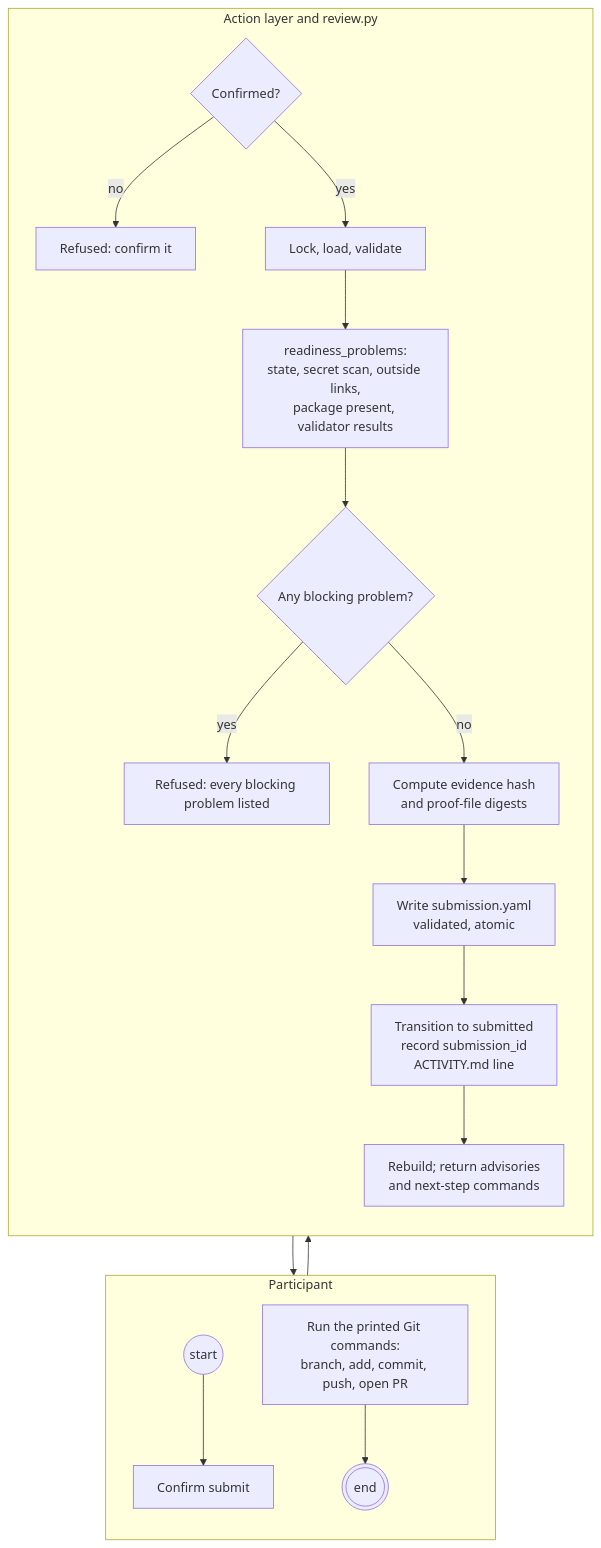
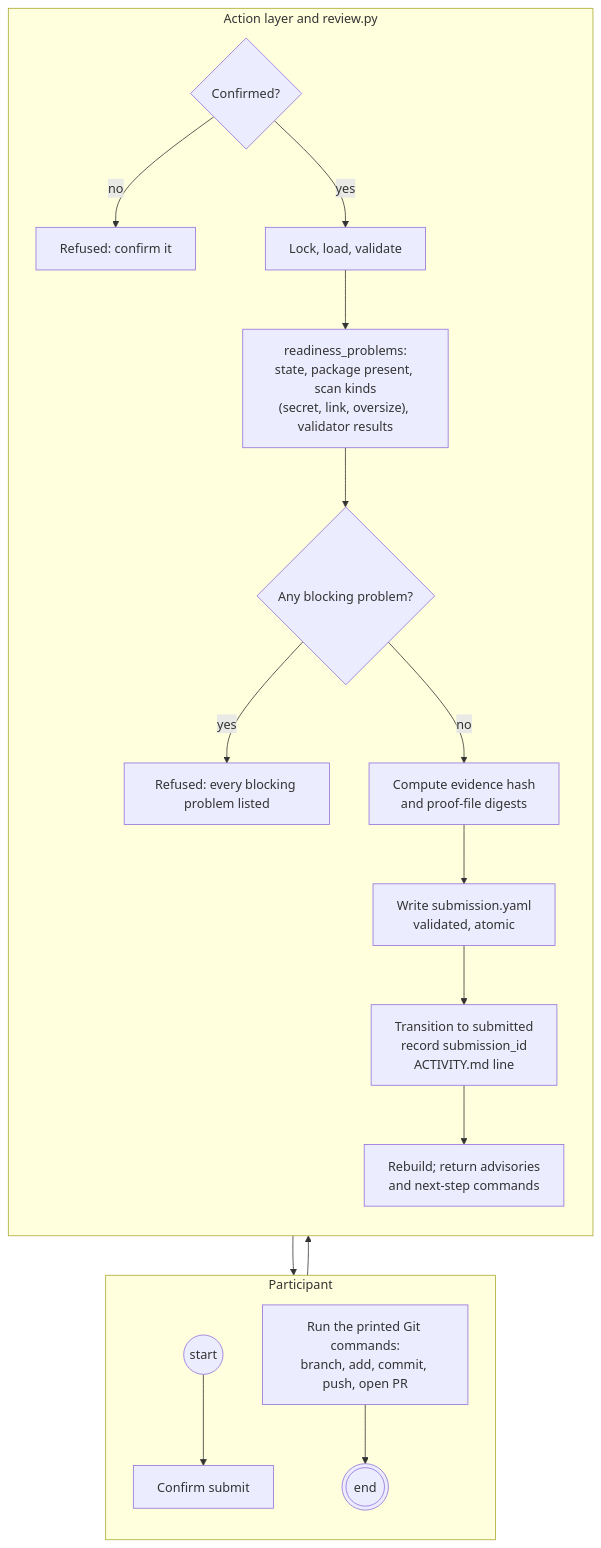
The third of 7 diagrams in docs/design/04-activity-flows.md (beekeeper-lab/golden-thread-quest), drawn with Mermaid before and after one commit. The commit also changed other lines of this file and 12 other files, not shown here.

````diff
--- a/docs/design/04-activity-flows.md
+++ b/docs/design/04-activity-flows.md
@@ -215,27 +234,27 @@
 ```mermaid
 flowchart TB
   subgraph PL["Participant"]
     direction TB
     s0(("start")) --> p1["Confirm submit"]
     p7["Run the printed Git commands:<br/>branch, add, commit, push, open PR"]
     e0((("end")))
   end
   subgraph AL["Action layer and review.py"]
     direction TB
     a1{"Confirmed?"}
     a2["Lock, load, validate"]
-    a3["readiness_problems:<br/>state, secret scan, outside links,<br/>package present, validator results"]
+    a3["readiness_problems:<br/>state, package present, scan kinds<br/>(secret, link, oversize), validator results"]
     a4{"Any blocking problem?"}
     a5["Compute evidence hash<br/>and proof-file digests"]
     a6["Write submission.yaml<br/>validated, atomic"]
     a7["Transition to submitted<br/>record submission_id<br/>ACTIVITY.md line"]
     a8["Rebuild; return advisories<br/>and next-step commands"]
     rA["Refused: confirm it"]
     rB["Refused: every blocking problem listed"]
   end
   p1 --> a1
   a1 -- no --> rA
   a1 -- yes --> a2 --> a3 --> a4
   a4 -- yes --> rB
   a4 -- no --> a5 --> a6 --> a7 --> a8 --> p7 --> e0
 ```
````
